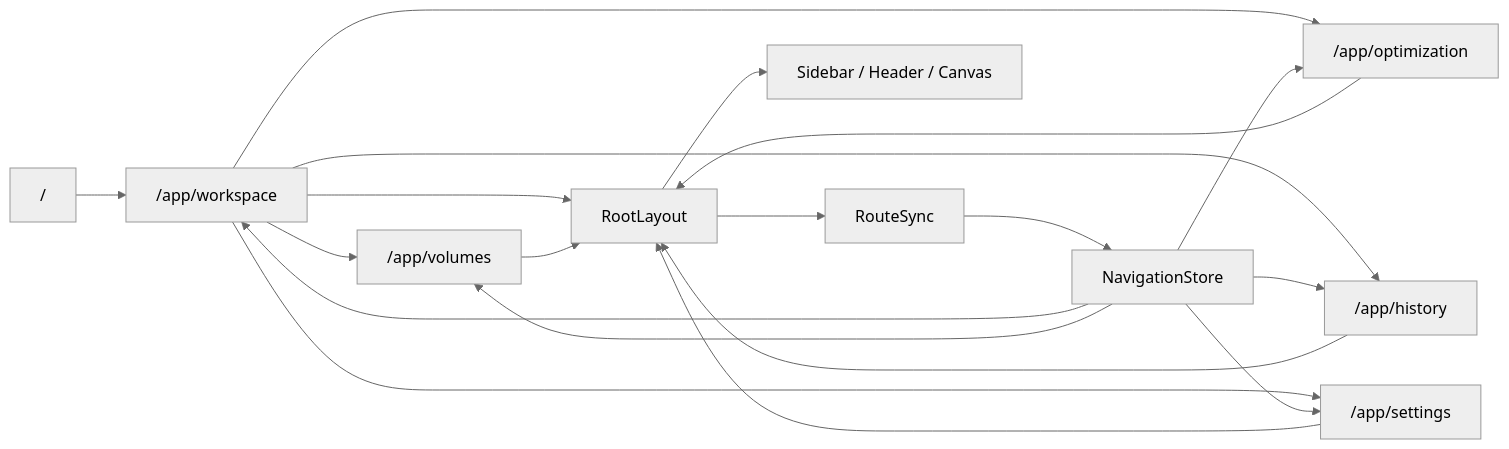
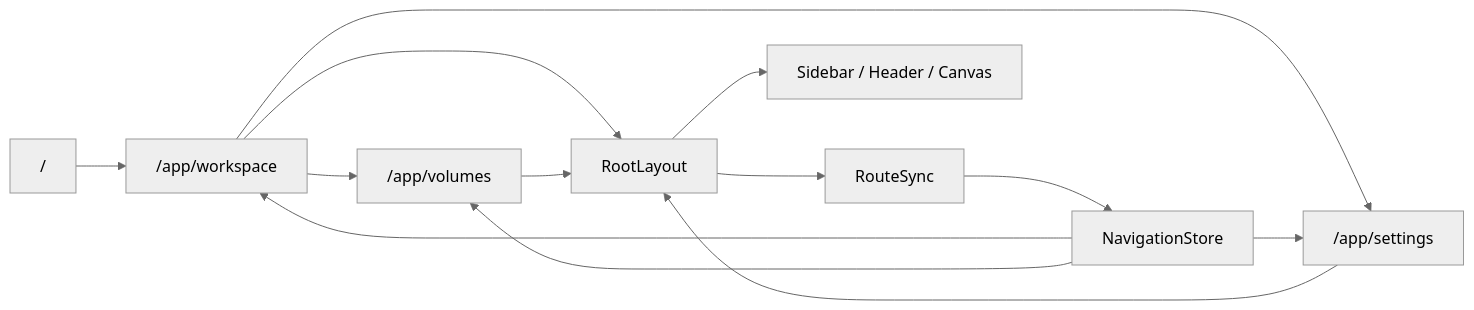
The first of 2 diagrams in docs/explanation/user-flows.md (Qredence/fleet-rlm), drawn with Mermaid (neutral theme) before and after one commit. The commit also changed other lines of this file and 143 other files, not shown here.

````diff
--- a/docs/explanation/user-flows.md
+++ b/docs/explanation/user-flows.md
@@ -12,24 +12,18 @@
 ```mermaid
 flowchart LR
   A["/"] --> B["/app/workspace"]
   B --> C["/app/volumes"]
-  B --> D["/app/optimization"]
-  B --> E["/app/history"]
-  B --> F["/app/settings"]
+  B --> D["/app/settings"]
 
   B --> G["RootLayout"]
   C --> G
   D --> G
-  E --> G
-  F --> G
 
   G --> H["RouteSync"]
   G --> I["Sidebar / Header / Canvas"]
 
   H --> J["NavigationStore"]
   J --> B
   J --> C
   J --> D
-  J --> E
-  J --> F
 ```
````
